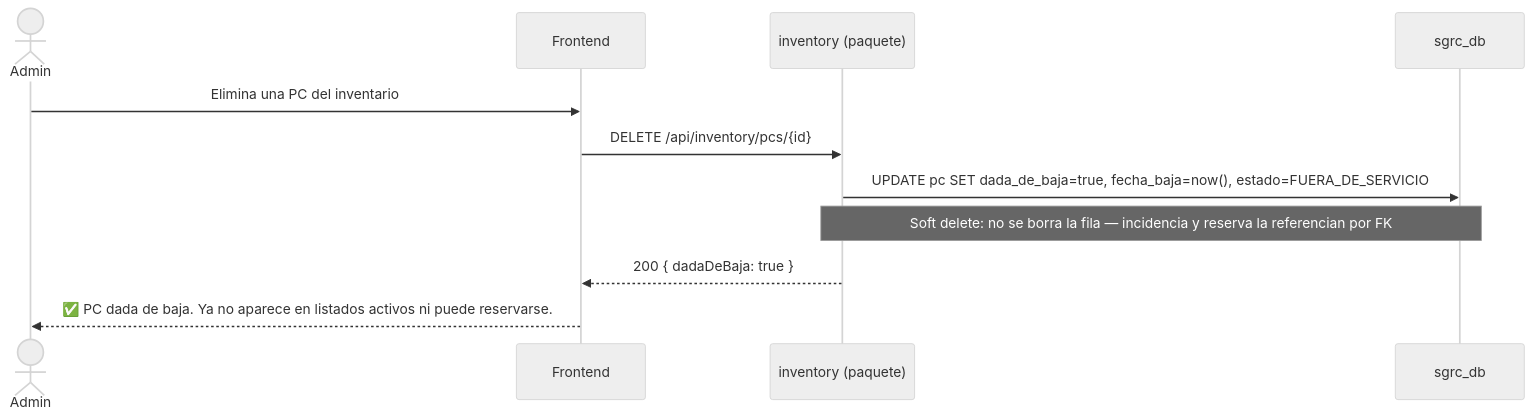
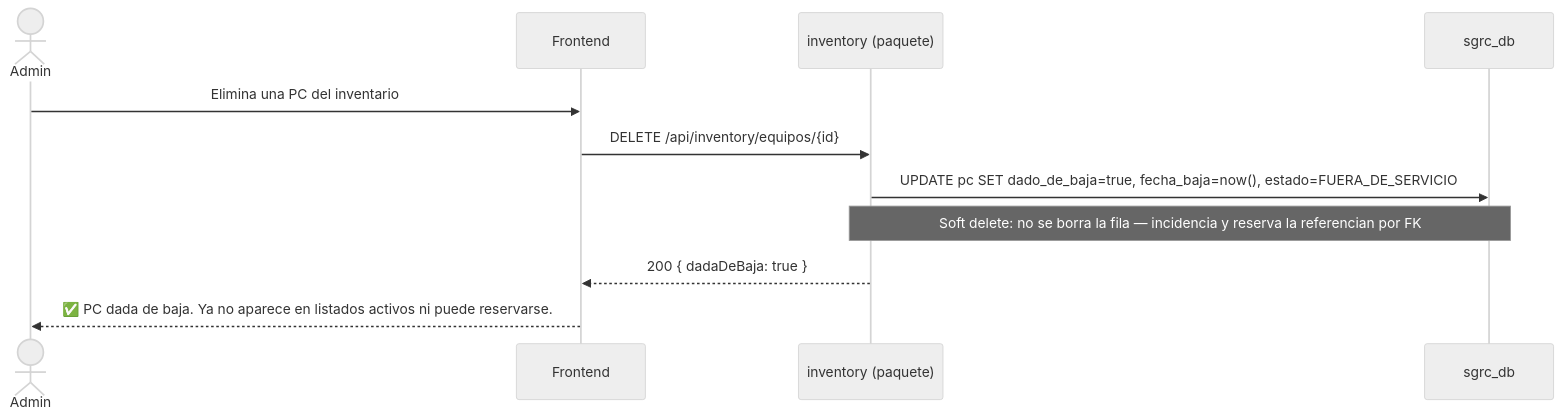
Before and after one commit to agustin-y2k/sgrc: the eighth of 13 diagrams in docs/04-diagramas-secuencia.md, drawn with Mermaid (neutral theme). The commit also changed other lines of this file and 140 other files, not shown here.

````diff
--- a/docs/04-diagramas-secuencia.md
+++ b/docs/04-diagramas-secuencia.md
@@ -253,14 +253,14 @@
 ```mermaid
 sequenceDiagram
     actor ADM as Admin
     participant FE as Frontend
     participant INV as inventory (paquete)
     participant DB as sgrc_db
 
     ADM->>FE: Elimina una PC del inventario
-    FE->>INV: DELETE /api/inventory/pcs/{id}
-    INV->>DB: UPDATE pc SET dada_de_baja=true, fecha_baja=now(), estado=FUERA_DE_SERVICIO
+    FE->>INV: DELETE /api/inventory/equipos/{id}
+    INV->>DB: UPDATE pc SET dado_de_baja=true, fecha_baja=now(), estado=FUERA_DE_SERVICIO
     Note over INV,DB: Soft delete: no se borra la fila — incidencia y reserva la referencian por FK
     INV-->>FE: 200 { dadaDeBaja: true }
     FE-->>ADM: ✅ PC dada de baja. Ya no aparece en listados activos ni puede reservarse.
 ```
````
